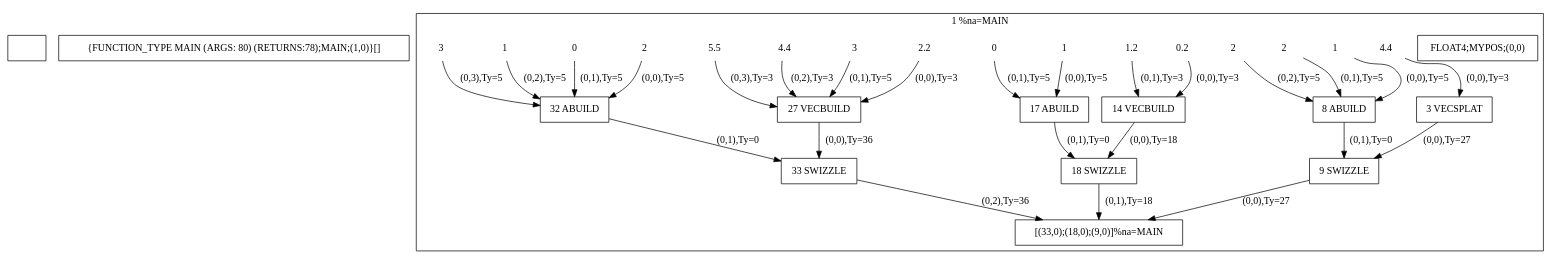
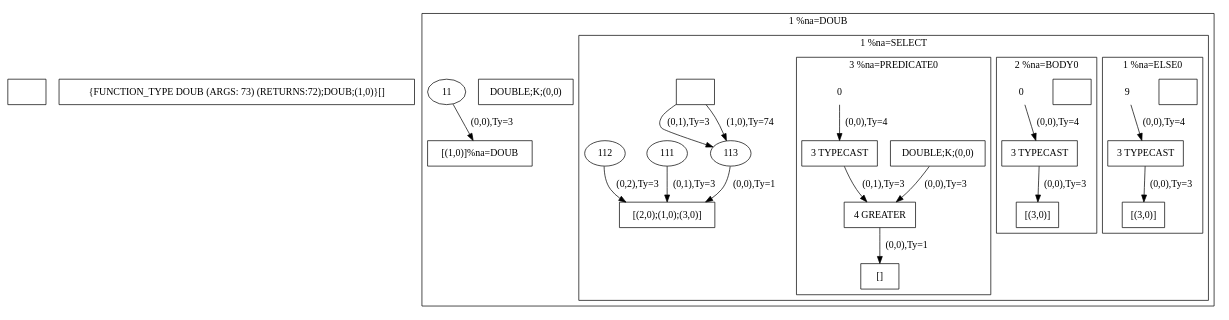
One commit to qram9/sisal changed the diagram in out.dot. Above: the diagram before and after it, drawn with Graphviz. The commit also changed 6 other files, not shown here.

```diff
--- a/out.dot
+++ b/out.dot
@@ -1,59 +1,50 @@
 digraph R {
 newrank=true;
 IN00 [shape=rect;label=""];
-OUT00 [shape=rect;label="{FUNCTION_TYPE MAIN (ARGS: 80) (RETURNS:78);MAIN;(1,0)}[]"];
+OUT00 [shape=rect;label="{FUNCTION_TYPE DOUB (ARGS: 73) (RETURNS:72);DOUB;(1,0)}[]"];
 subgraph cluster_01 {
-label="1 %na=MAIN";
-IN01 [shape=rect;label="FLOAT4;MYPOS;(0,0)"];
-OUT01 [shape=rect;label="[(33,0);(18,0);(9,0)]%na=MAIN"];
-11 [shape=plaintext;label="4.4"];
-13 [shape=rect;label="3 VECSPLAT"];
-15 [shape=plaintext;label="1"];
-16 [shape=plaintext;label="2"];
-17 [shape=plaintext;label="2"];
-18 [shape=rect;label="8 ABUILD"];
-19 [shape=rect;label="9 SWIZZLE"];
-110 [shape=plaintext;label="0.2"];
-112 [shape=plaintext;label="1.2"];
-114 [shape=rect;label="14 VECBUILD"];
-115 [shape=plaintext;label="1"];
-116 [shape=plaintext;label="0"];
-117 [shape=rect;label="17 ABUILD"];
-118 [shape=rect;label="18 SWIZZLE"];
-119 [shape=plaintext;label="2.2"];
-121 [shape=plaintext;label="3"];
-123 [shape=plaintext;label="4.4"];
-125 [shape=plaintext;label="5.5"];
-127 [shape=rect;label="27 VECBUILD"];
-128 [shape=plaintext;label="2"];
-129 [shape=plaintext;label="0"];
-130 [shape=plaintext;label="1"];
-131 [shape=plaintext;label="3"];
-132 [shape=rect;label="32 ABUILD"];
-133 [shape=rect;label="33 SWIZZLE"]
-11 ->  13 [label="(0,0),Ty=3"]
-13 ->  19 [label="(0,0),Ty=27"]
-15 ->  18 [label="(0,0),Ty=5"]
-16 ->  18 [label="(0,1),Ty=5"]
-17 ->  18 [label="(0,2),Ty=5"]
-18 ->  19 [label="(0,1),Ty=0"]
-19 ->  OUT01 [label="(0,0),Ty=27"]
-110 ->  114 [label="(0,0),Ty=3"]
-112 ->  114 [label="(0,1),Ty=3"]
-114 ->  118 [label="(0,0),Ty=18"]
-115 ->  117 [label="(0,0),Ty=5"]
-116 ->  117 [label="(0,1),Ty=5"]
-117 ->  118 [label="(0,1),Ty=0"]
-118 ->  OUT01 [label="(0,1),Ty=18"]
-119 ->  127 [label="(0,0),Ty=3"]
-121 ->  127 [label="(0,1),Ty=5"]
-123 ->  127 [label="(0,2),Ty=3"]
-125 ->  127 [label="(0,3),Ty=3"]
-127 ->  133 [label="(0,0),Ty=36"]
-128 ->  132 [label="(0,0),Ty=5"]
-129 ->  132 [label="(0,1),Ty=5"]
-130 ->  132 [label="(0,2),Ty=5"]
-131 ->  132 [label="(0,3),Ty=5"]
-132 ->  133 [label="(0,1),Ty=0"]
-133 ->  OUT01 [label="(0,2),Ty=36"]
+label="1 %na=DOUB";
+IN01 [shape=rect;label="DOUBLE;K;(0,0)"];
+OUT01 [shape=rect;label="[(1,0)]%na=DOUB"];
+subgraph cluster_11 {
+label="1 %na=SELECT";
+IN011 [shape=rect;label=""];
+OUT011 [shape=rect;label="[(2,0);(1,0);(3,0)]"];
+subgraph cluster_111 {
+label="1 %na=ELSE0";
+IN0111 [shape=rect;label=""];
+OUT0111 [shape=rect;label="[(3,0)]"];
+1111 [shape=plaintext;label="9"];
+1113 [shape=rect;label="3 TYPECAST"]
+1111 ->  1113 [label="(0,0),Ty=4"]
+1113 ->  OUT0111 [label="(0,0),Ty=3"]
+};
+subgraph cluster_112 {
+label="2 %na=BODY0";
+IN0112 [shape=rect;label=""];
+OUT0112 [shape=rect;label="[(3,0)]"];
+1121 [shape=plaintext;label="0"];
+1123 [shape=rect;label="3 TYPECAST"]
+1121 ->  1123 [label="(0,0),Ty=4"]
+1123 ->  OUT0112 [label="(0,0),Ty=3"]
+};
+subgraph cluster_113 {
+label="3 %na=PREDICATE0";
+IN0113 [shape=rect;label="DOUBLE;K;(0,0)"];
+OUT0113 [shape=rect;label="[]"];
+1131 [shape=plaintext;label="0"];
+1133 [shape=rect;label="3 TYPECAST"];
+1134 [shape=rect;label="4 GREATER"]
+IN0113 ->  1134 [label="(0,0),Ty=3"]
+1131 ->  1133 [label="(0,0),Ty=4"]
+1133 ->  1134 [label="(0,1),Ty=3"]
+1134 ->  OUT0113 [label="(0,0),Ty=1"]
+}
+IN011 ->  113 [label="(0,1),Ty=3"]
+IN011 ->  113 [label="(1,0),Ty=74"]
+111 ->  OUT011 [label="(0,1),Ty=3"]
+112 ->  OUT011 [label="(0,2),Ty=3"]
+113 ->  OUT011 [label="(0,0),Ty=1"]
+}
+11 ->  OUT01 [label="(0,0),Ty=3"]
 }}
```
